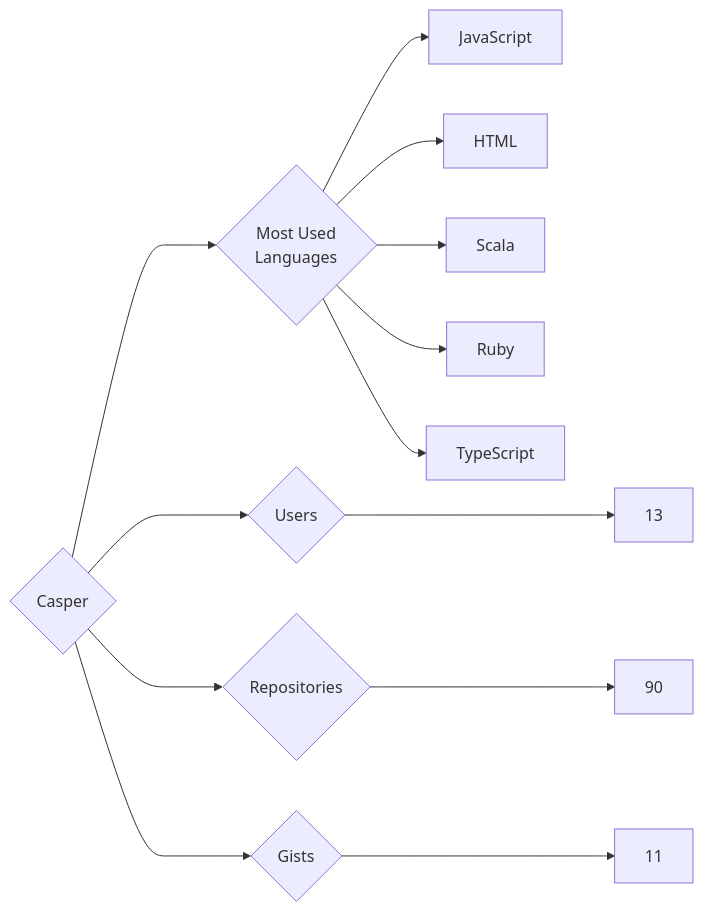
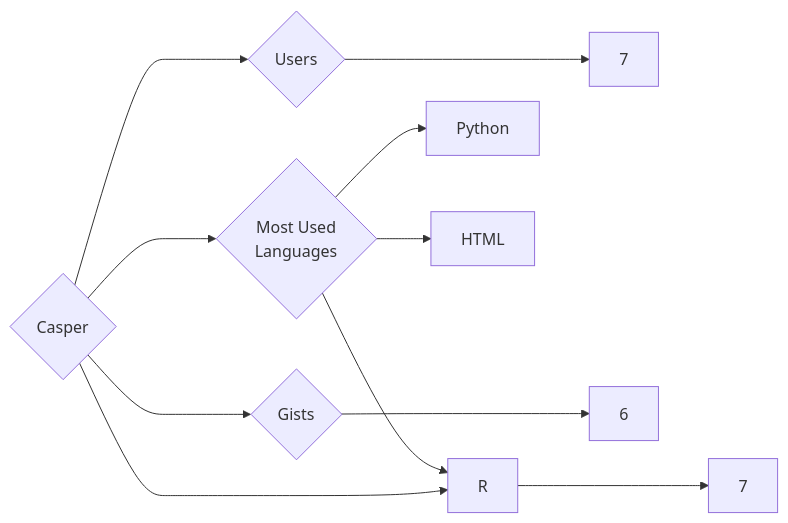
The diagram in targets/Casper/README.md (trickest/insiders), drawn with Mermaid before and after one commit. The commit also changed 872 other files, not shown here.

````diff
--- a/targets/Casper/README.md
+++ b/targets/Casper/README.md
@@ -3,13 +3,11 @@
 ```mermaid
 graph LR
 COMPANY_NAME{Casper}
-COMPANY_NAME ---> U{Users} ---> UN[13]
-COMPANY_NAME ---> R{Repositories} ---> RN[90]
-COMPANY_NAME ---> G{Gists} ---> GN[11]
+COMPANY_NAME ---> U{Users} ---> UN[7]
+COMPANY_NAME ---> R{Repositories} ---> RN[7]
+COMPANY_NAME ---> G{Gists} ---> GN[6]
 COMPANY_NAME ---> ML{Most Used<br>Languages}
-ML --> JavaScript[JavaScript]
+ML --> Python[Python]
+ML --> R[R]
 ML --> HTML[HTML]
-ML --> Scala[Scala]
-ML --> Ruby[Ruby]
-ML --> TypeScript[TypeScript]
 ```
````
